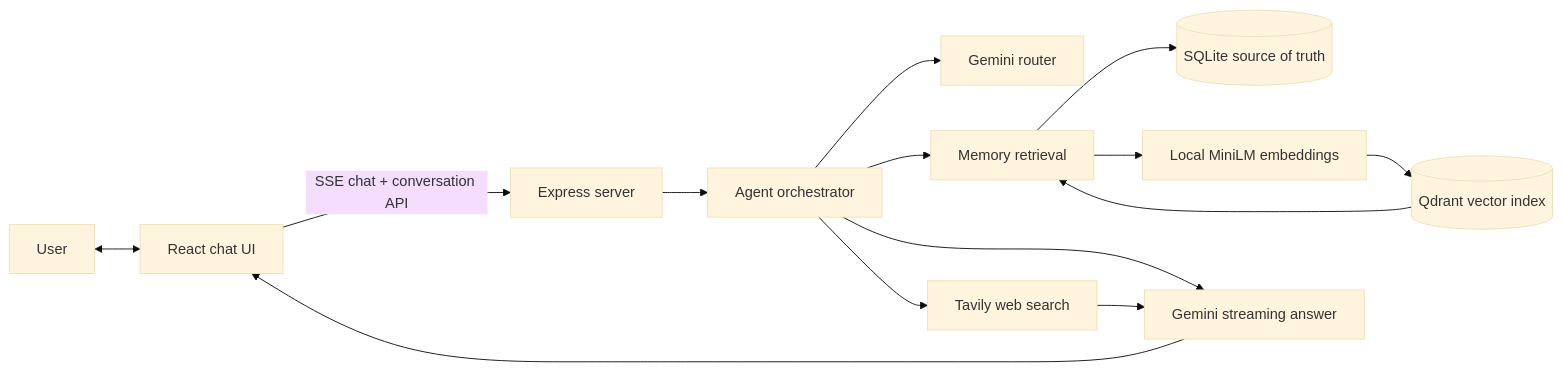
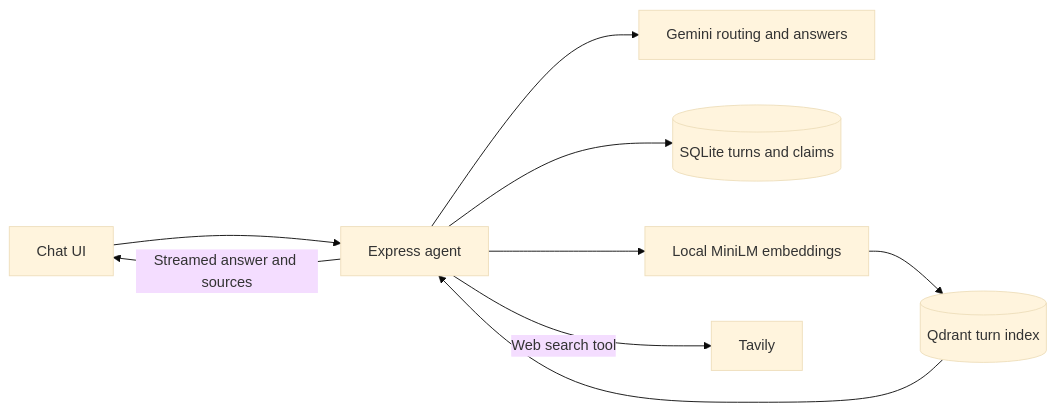
One commit to DarshanPandey515/kitty-minimi-assignment changed the diagram in README.md. Above: the diagram before and after it, drawn with Mermaid (base theme). The commit also changed other lines of this file and 1 other file, not shown here.

````diff
--- a/README.md
+++ b/README.md
@@ -15,16 +59,11 @@
 ```mermaid
 flowchart LR
-    User[User] <--> UI[React chat UI]
-    UI -->|SSE chat + conversation API| API[Express server]
-    API --> Agent[Agent orchestrator]
-    Agent --> Router[Gemini router]
-    Agent --> Recall[Memory retrieval]
-    Agent --> Answer[Gemini streaming answer]
-    Agent --> Search[Tavily web search]
-    Recall --> SQLite[(SQLite source of truth)]
-    Recall --> Embed[Local MiniLM embeddings]
-    Embed --> Qdrant[(Qdrant vector index)]
-    Qdrant --> Recall
-    Search --> Answer
-    Answer --> UI
+    UI[Chat UI] --> API[Express agent]
+    API --> Gemini[Gemini routing and answers]
+    API --> SQLite[(SQLite turns and claims)]
+    API --> MiniLM[Local MiniLM embeddings]
+    MiniLM --> Qdrant[(Qdrant turn index)]
+    Qdrant --> API
+    API -->|Web search tool| Tavily[Tavily]
+    API -->|Streamed answer and sources| UI
 ```
````
